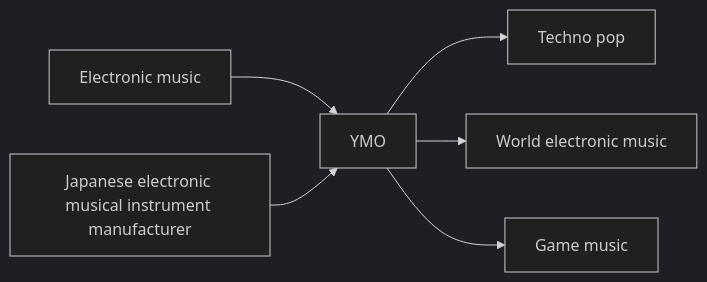
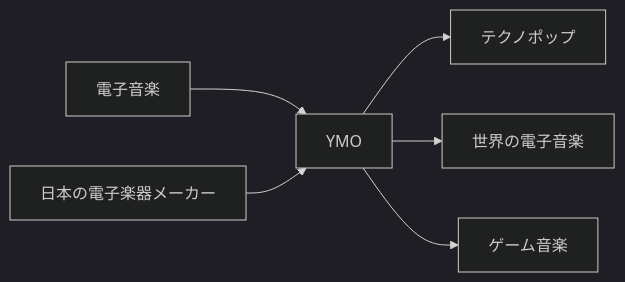
Before and after one commit to monumental-movement/monumental-movement.github.io: the first of 6 diagrams in en/_posts/2026-06-27-column-japanese-techno.md, drawn with Mermaid (dark theme). The commit also changed other lines of this file and 2196 other files, not shown here.

```diff
--- a/en/_posts/2026-06-27-column-japanese-techno.md
+++ b/en/_posts/2026-06-27-column-japanese-techno.md
@@ -106,16 +105,16 @@
 <div class="mermaid">
 flowchart LR
-A["Electronic music"]
-B["Japanese electronic musical instrument manufacturer"]
+A["電子音楽"]
+B["日本の電子楽器メーカー"]
 C["YMO"]
-D["Techno pop"]
-E["World electronic music"]
-F["Game music"]
+D["テクノポップ"]
+E["世界の電子音楽"]
+F["ゲーム音楽"]
 
 A --> C
 B --> C
 C --> D
 C --> E
 C --> F
 
 </div>
```
